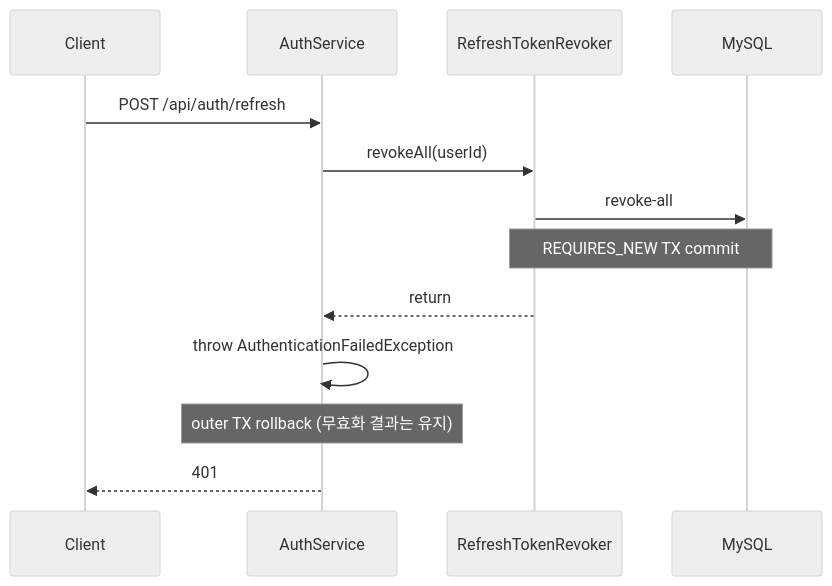
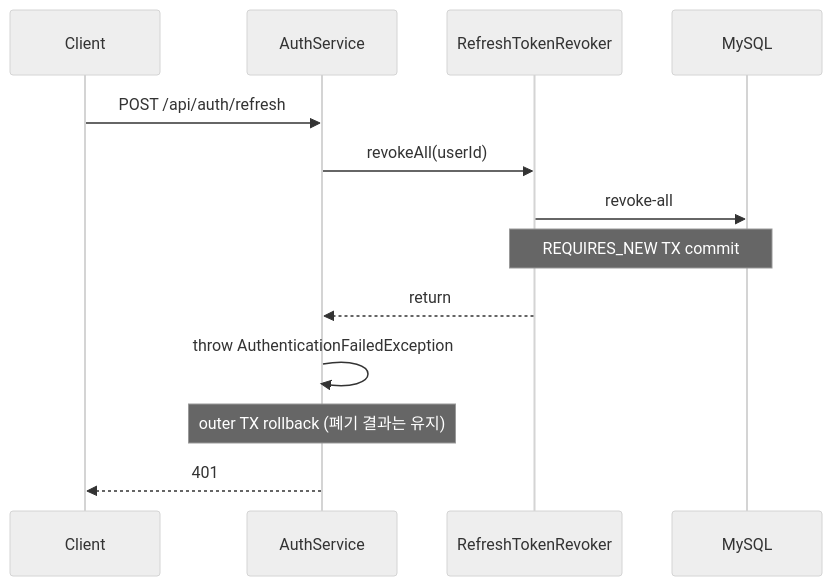
The second of 2 diagrams in docs/wiki/auth-reuse-detection-rollback.md (g1ennk/FlowMate), drawn with Mermaid (neutral theme) before and after one commit. The commit also changed other lines of this file and 1 other file, not shown here.

````diff
--- a/docs/wiki/auth-reuse-detection-rollback.md
+++ b/docs/wiki/auth-reuse-detection-rollback.md
@@ -125,16 +131,16 @@
 ```mermaid
 sequenceDiagram
     participant C as Client
     participant A as AuthService
     participant R as RefreshTokenRevoker
     participant DB as MySQL
 
     C->>A: POST /api/auth/refresh
     A->>R: revokeAll(userId)
     R->>DB: revoke-all
     Note over R,DB: REQUIRES_NEW TX commit
     R-->>A: return
     A->>A: throw AuthenticationFailedException
-    Note over A: outer TX rollback (무효화 결과는 유지)
+    Note over A: outer TX rollback (폐기 결과는 유지)
     A-->>C: 401
 ```
````
